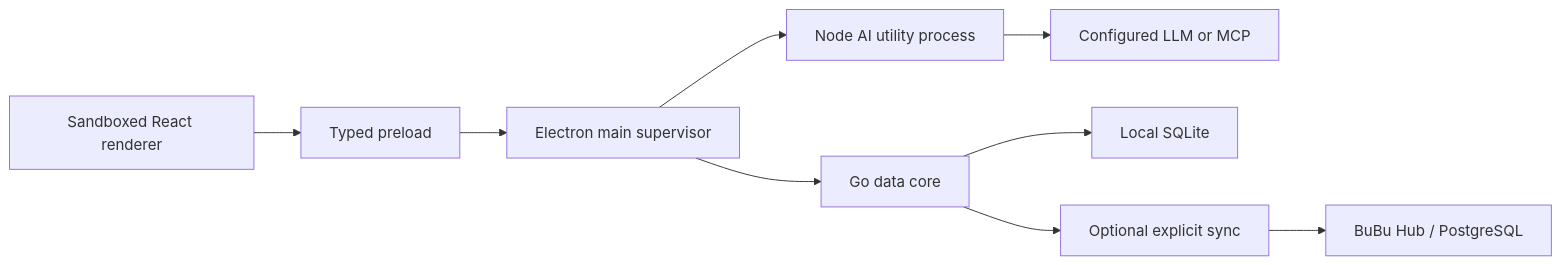
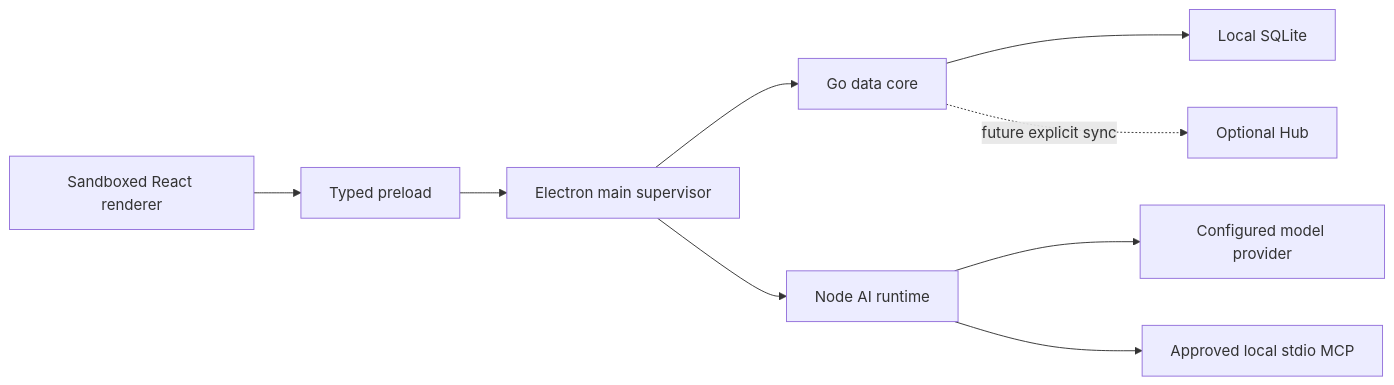
The diagram in README.md (sudotty/bubu), drawn with Mermaid before and after one commit. The commit also changed other lines of this file and 67 other files, not shown here.

````diff
--- a/README.md
+++ b/README.md
@@ -40,11 +40,11 @@
 ```mermaid
 flowchart LR
-    R["Sandboxed React renderer"] --> P["Typed preload"]
-    P --> M["Electron main supervisor"]
-    M --> A["Node AI utility process"]
-    M --> D["Go data core"]
-    D --> S["Local SQLite"]
-    A --> L["Configured LLM or MCP"]
-    D --> H["Optional explicit sync"]
-    H --> B["BuBu Hub / PostgreSQL"]
+    UI["Sandboxed React renderer"] --> PRE["Typed preload"]
+    PRE --> MAIN["Electron main supervisor"]
+    MAIN --> DATA["Go data core"]
+    MAIN --> AI["Node AI runtime"]
+    DATA --> DB["Local SQLite"]
+    AI --> MODEL["Configured model provider"]
+    AI --> MCP["Approved local stdio MCP"]
+    DATA -. "future explicit sync" .-> HUB["Optional Hub"]
 ```
````
